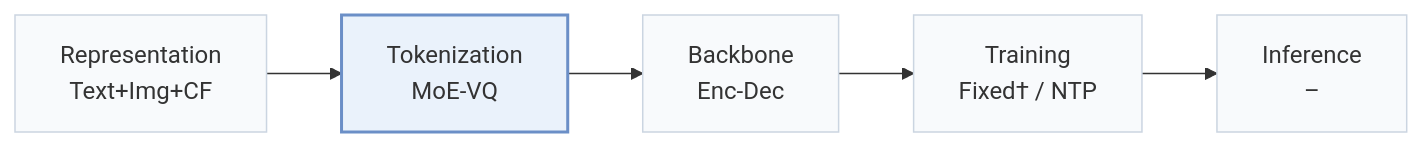
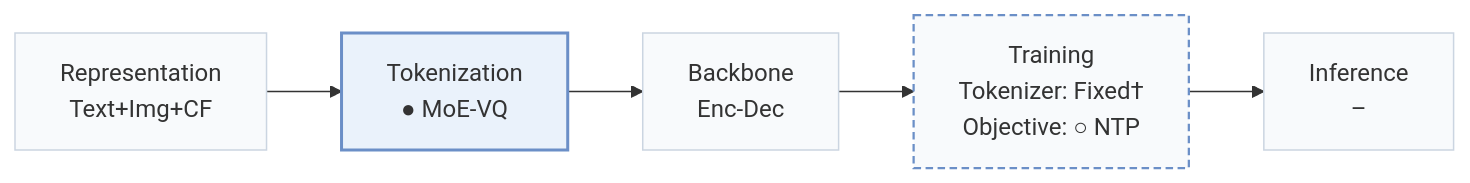
One commit to Galaxy-ghost/Awesome-SID-Generative-Rec changed the first of 3 diagrams in pages/papers/adc-sid.md. Above: the diagram before and after it, drawn with Mermaid. The commit also changed other lines of this file and 558 other files, not shown here.

````diff
--- a/pages/papers/adc-sid.md
+++ b/pages/papers/adc-sid.md
@@ -15,8 +18,10 @@
 ```mermaid
 flowchart LR
-    R["Representation<br/>Text+Img+CF"] --> T["Tokenization<br/>MoE-VQ"] --> B["Backbone<br/>Enc-Dec"] --> TR["Training<br/>Fixed† / NTP"] --> I["Inference<br/>–"]
+    R["Representation<br/>Text+Img+CF"] --> T["Tokenization<br/>● MoE-VQ"] --> B["Backbone<br/>Enc-Dec"] --> TR["Training<br/>Tokenizer: Fixed†<br/>Objective: ○ NTP"] --> I["Inference<br/>–"]
     classDef base fill:#f8fafc,stroke:#cbd5e1
     class R,T,B,TR,I base
+    classDef other fill:#f8fafc,stroke:#6b8fc7,stroke-width:1.5px,stroke-dasharray:5 3
+    class TR other
     classDef main fill:#eaf2fb,stroke:#6b8fc7,stroke-width:2px
     class T main
 ```
````
